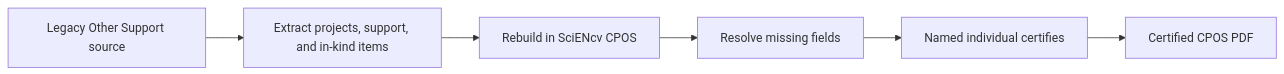
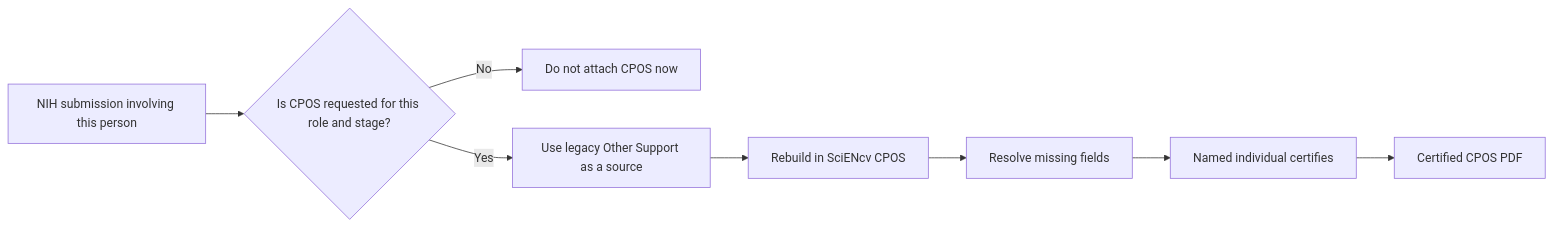
Before and after one commit to FritscheLab/nih-sciencv-playbook: the diagram in docs/other-support/transition.md, drawn with Mermaid. The commit also changed other lines of this file and 48 other files, not shown here.

````diff
--- a/docs/other-support/transition.md
+++ b/docs/other-support/transition.md
@@ -14,10 +14,12 @@
 ```mermaid
 flowchart LR
     accTitle: Legacy Other Support transition
-    accDescr: Legacy Other Support remains a source document, but submissions on or after January 25, 2026 use SciENcv CPOS and individual certification.
-    A["Legacy Other Support source"] --> B["Extract projects, support, and in-kind items"]
-    B --> C["Rebuild in SciENcv CPOS"]
-    C --> D["Resolve missing fields"]
-    D --> E["Named individual certifies"]
-    E --> F["Certified CPOS PDF"]
+    accDescr: When NIH requests Other Support for a role and stage, application due dates and lifecycle submission dates determine whether the legacy format or SciENcv CPOS applies.
+    A["NIH submission involving this person"] --> B{"Is CPOS requested for this role and stage?"}
+    B -- "No" --> C["Do not attach CPOS now"]
+    B -- "Yes" --> D["Use legacy Other Support as a source"]
+    D --> E["Rebuild in SciENcv CPOS"]
+    E --> F["Resolve missing fields"]
+    F --> G["Named individual certifies"]
+    G --> H["Certified CPOS PDF"]
 ```
````
